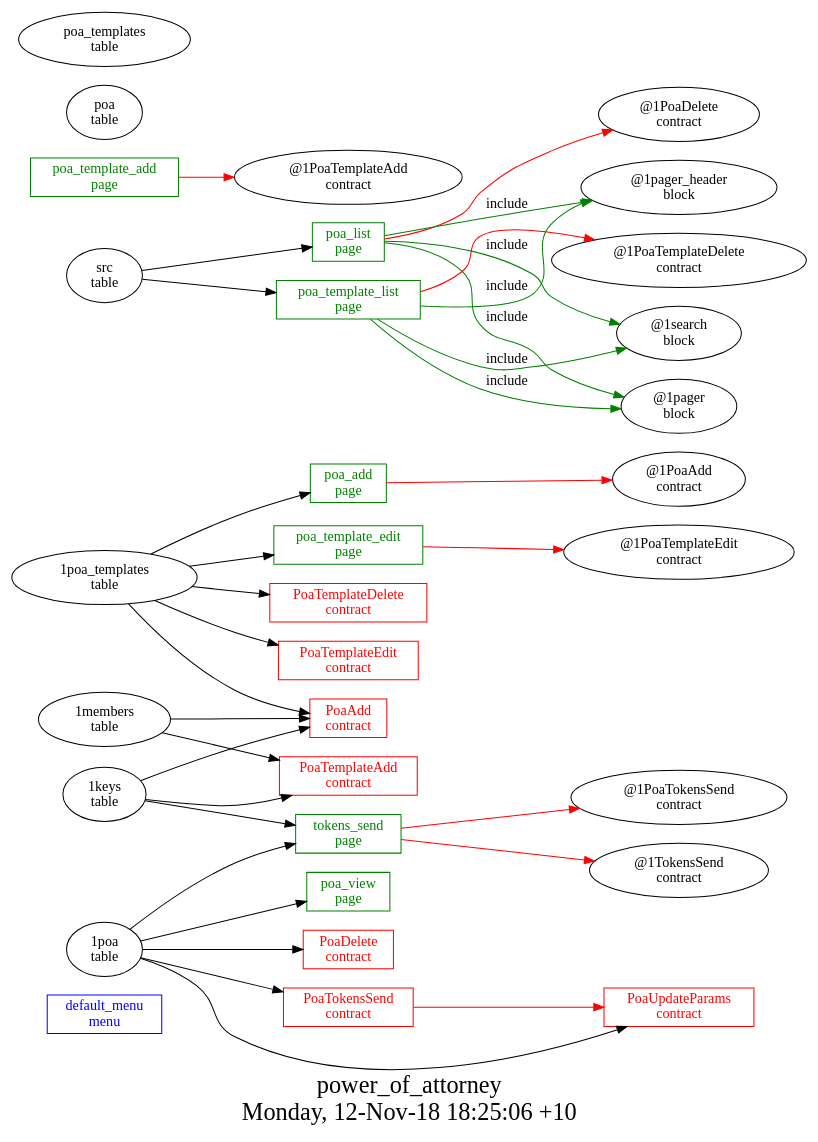
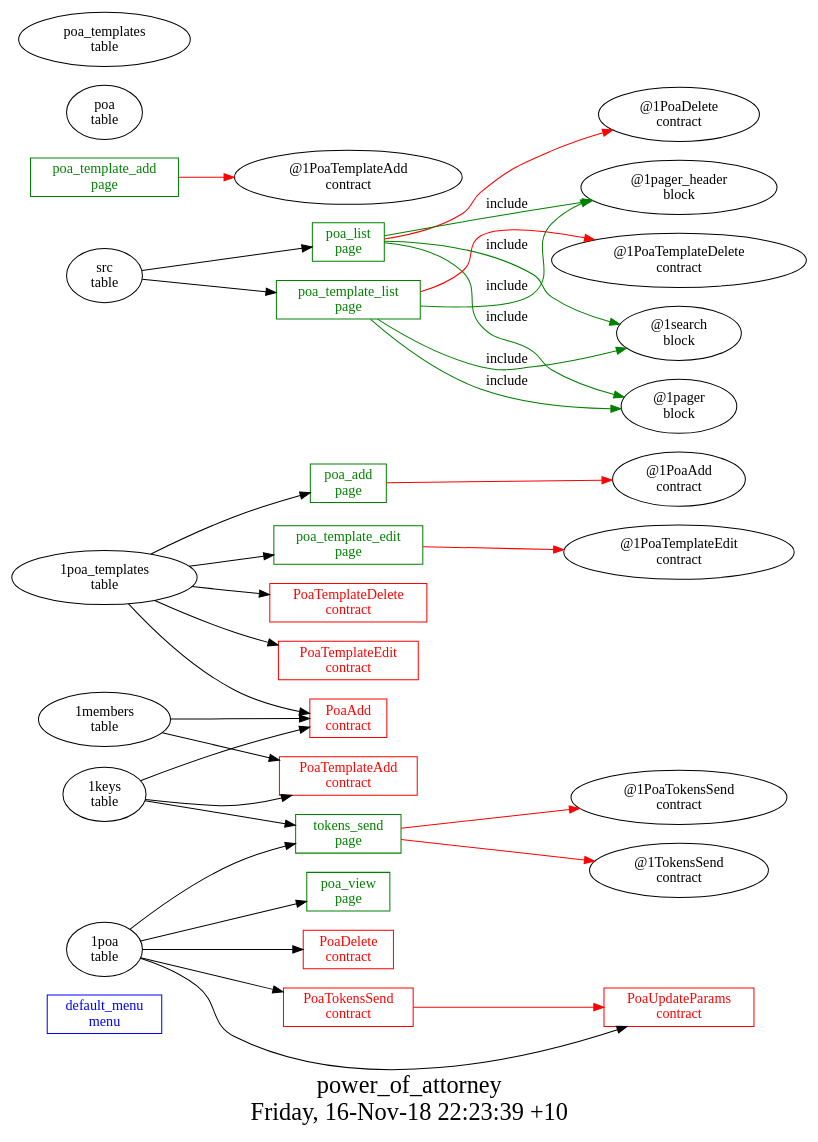
Before and after one commit to AplaProject/apps: the diagram in other/power_of_attorney/struct.dot, drawn with Graphviz. The commit also changed 10 other files, not shown here.

```diff
--- a/other/power_of_attorney/struct.dot
+++ b/other/power_of_attorney/struct.dot
@@ -1,56 +1,56 @@
 digraph G {
 fontsize="24";
-label="power_of_attorney\nMonday, 12-Nov-18 18:25:06 +10";
+label="power_of_attorney\nFriday, 16-Nov-18 22:23:39 +10";
 nojustify=true;
 ordering=out;
 rankdir=LR;
 size="30";
 "default_menu\nmenu" [color=blue, fontcolor=blue, group=menus, shape=record];
 "poa_add\npage" -> "@1PoaAdd\ncontract"  [ color=red ]
 "1poa_templates\ntable" -> "poa_add\npage"
 "poa_add\npage" [color=green, fontcolor=green, group=pages, shape=record];
 "poa_list\npage" -> "@1PoaDelete\ncontract"  [ color=red ]
 "src\ntable" -> "poa_list\npage"
 "poa_list\npage" -> "@1pager_header\nblock"  [ color=green, label=include ]
 "poa_list\npage" -> "@1search\nblock"  [ color=green, label=include ]
 "poa_list\npage" -> "@1pager\nblock"  [ color=green, label=include ]
 "poa_list\npage" [color=green, fontcolor=green, group=pages, shape=record];
 "poa_template_add\npage" -> "@1PoaTemplateAdd\ncontract"  [ color=red ]
 "poa_template_add\npage" [color=green, fontcolor=green, group=pages, shape=record];
 "poa_template_edit\npage" -> "@1PoaTemplateEdit\ncontract"  [ color=red ]
 "1poa_templates\ntable" -> "poa_template_edit\npage"
 "poa_template_edit\npage" [color=green, fontcolor=green, group=pages, shape=record];
 "poa_template_list\npage" -> "@1PoaTemplateDelete\ncontract"  [ color=red ]
 "src\ntable" -> "poa_template_list\npage"
 "poa_template_list\npage" -> "@1pager_header\nblock"  [ color=green, label=include ]
 "poa_template_list\npage" -> "@1search\nblock"  [ color=green, label=include ]
 "poa_template_list\npage" -> "@1pager\nblock"  [ color=green, label=include ]
 "poa_template_list\npage" [color=green, fontcolor=green, group=pages, shape=record];
 "1poa\ntable" -> "poa_view\npage"
 "poa_view\npage" [color=green, fontcolor=green, group=pages, shape=record];
 "tokens_send\npage" -> "@1PoaTokensSend\ncontract"  [ color=red ]
 "tokens_send\npage" -> "@1TokensSend\ncontract"  [ color=red ]
 "1poa\ntable" -> "tokens_send\npage"
 "1keys\ntable" -> "tokens_send\npage"
 "tokens_send\npage" [color=green, fontcolor=green, group=pages, shape=record];
 "1members\ntable" -> "PoaAdd\ncontract"
 "1keys\ntable" -> "PoaAdd\ncontract"
 "1poa_templates\ntable" -> "PoaAdd\ncontract"
 "PoaAdd\ncontract" [color=red, fontcolor=red, group=contracts, shape=record];
 "1poa\ntable" -> "PoaDelete\ncontract"
 "PoaDelete\ncontract" [color=red, fontcolor=red, group=contracts, shape=record];
 "1members\ntable" -> "PoaTemplateAdd\ncontract"
 "1keys\ntable" -> "PoaTemplateAdd\ncontract"
 "PoaTemplateAdd\ncontract" [color=red, fontcolor=red, group=contracts, shape=record];
 "1poa_templates\ntable" -> "PoaTemplateDelete\ncontract"
 "PoaTemplateDelete\ncontract" [color=red, fontcolor=red, group=contracts, shape=record];
 "1poa_templates\ntable" -> "PoaTemplateEdit\ncontract"
 "PoaTemplateEdit\ncontract" [color=red, fontcolor=red, group=contracts, shape=record];
 "PoaTokensSend\ncontract" -> "PoaUpdateParams\ncontract"  [ color=red ]
 "1poa\ntable" -> "PoaTokensSend\ncontract"
 "PoaTokensSend\ncontract" [color=red, fontcolor=red, group=contracts, shape=record];
 "1poa\ntable" -> "PoaUpdateParams\ncontract"
 "PoaUpdateParams\ncontract" [color=red, fontcolor=red, group=contracts, shape=record];
 "poa\ntable" [color="", fontcolor="", group=tables, shape=""];
 "poa_templates\ntable" [color="", fontcolor="", group=tables, shape=""];
 }
```
